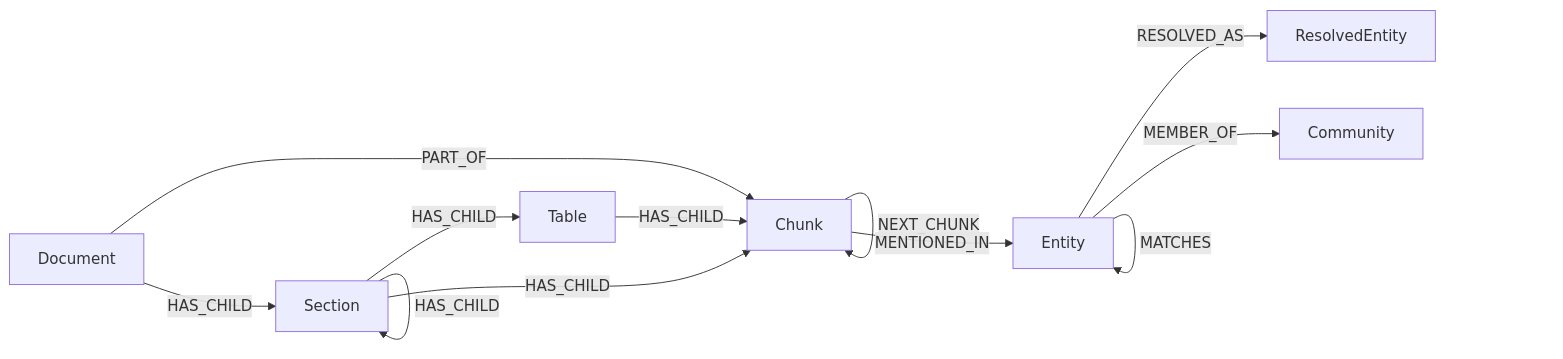
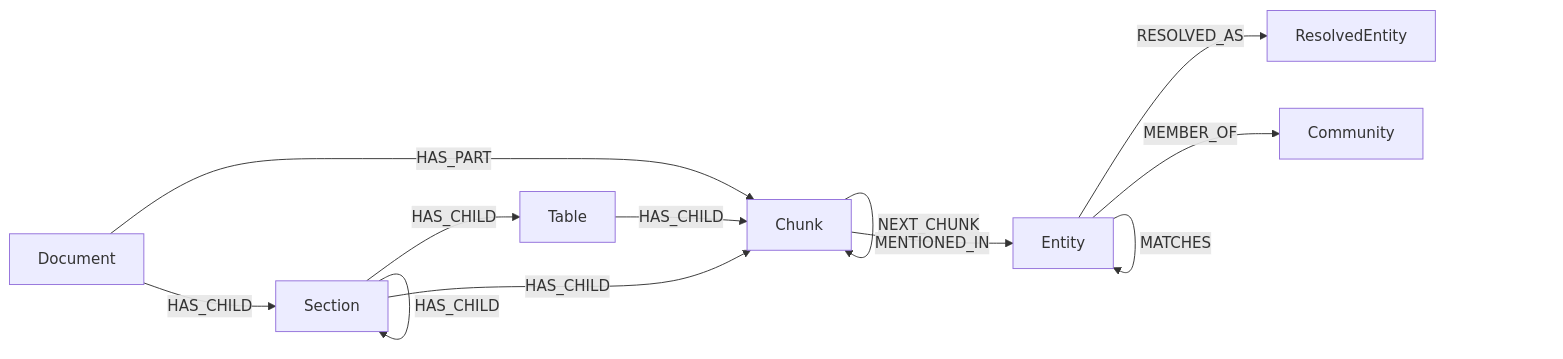
The diagram in docs/docs/concepts/knowledge-graph.mdx (ontogr/agentic-graphrag), drawn with Mermaid before and after one commit. The commit also changed other lines of this file and 53 other files, not shown here.

Commit message:
refactor: Rename structural edges to HAS_PART

````diff
--- a/docs/docs/concepts/knowledge-graph.mdx
+++ b/docs/docs/concepts/knowledge-graph.mdx
@@ -19,15 +19,15 @@
 ```mermaid
 flowchart LR
     D[Document] -->|HAS_CHILD| S[Section]
     S -->|HAS_CHILD| S
     S -->|HAS_CHILD| C[Chunk]
     S -->|HAS_CHILD| T[Table]
     T -->|HAS_CHILD| C
-    D -->|PART_OF| C
+    D -->|HAS_PART| C
     C -->|NEXT_CHUNK| C
     C -->|MENTIONED_IN| E[Entity]
     E -->|schema relation| E
     E -->|MATCHES| E
     E -->|RESOLVED_AS| R[ResolvedEntity]
     E -->|MEMBER_OF| M[Community]
 ```
````
